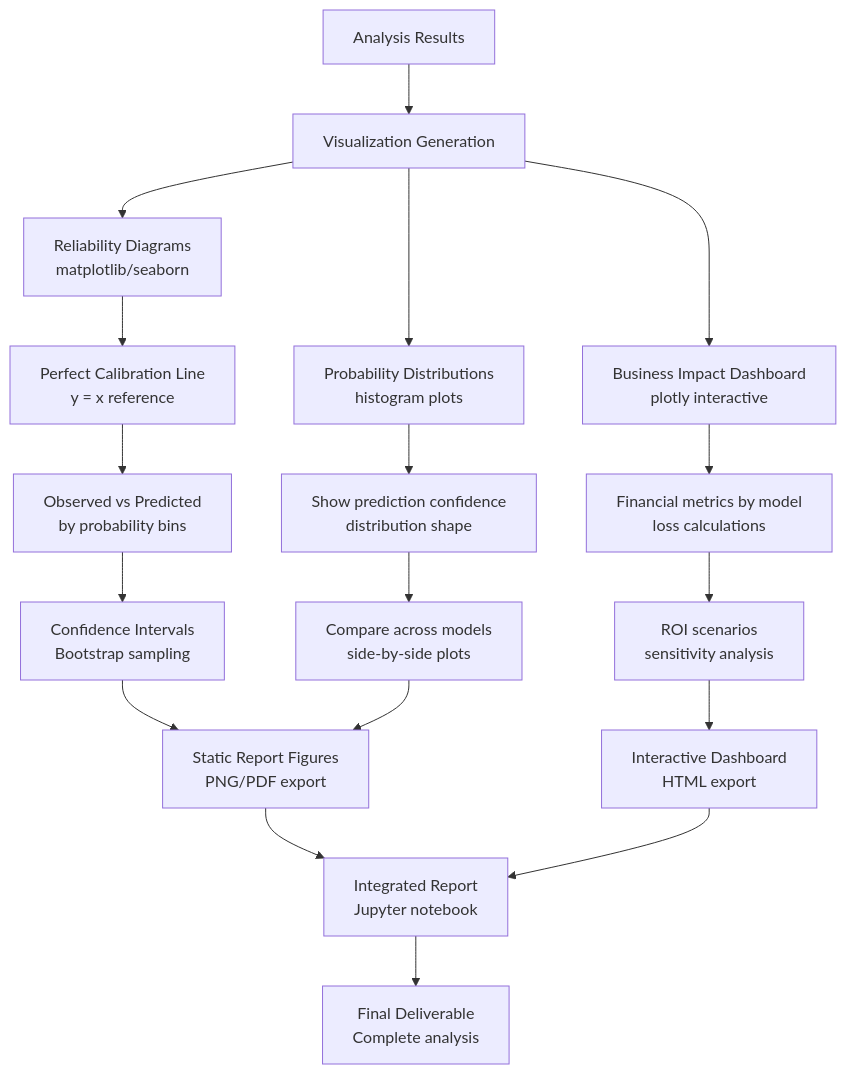
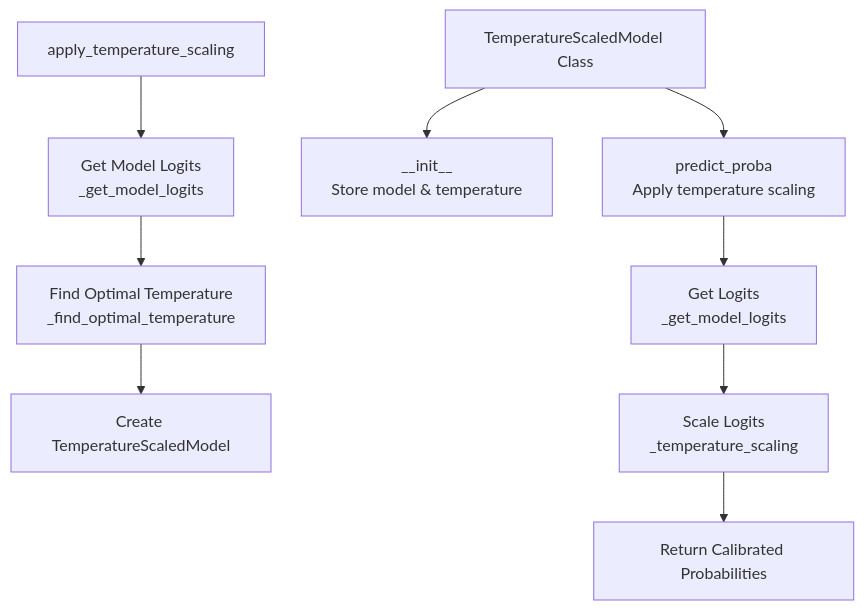
Before and after one commit to Suryam1976/credit_scoring_experiment: the seventh of 9 diagrams in docs/FLOW_DIAGRAM.md, drawn with Mermaid. The commit also changed other lines of this file and 14 other files, not shown here.

Commit message:
Added temperature scaling and updated docs

````diff
--- a/docs/FLOW_DIAGRAM.md
+++ b/docs/FLOW_DIAGRAM.md
@@ -202,26 +152,12 @@
 ```mermaid
 graph TB
-    A[Analysis Results] --> B[Visualization Generation]
+    A[apply_temperature_scaling] --> B[Get Model Logits<br/>_get_model_logits]
+    B --> C[Find Optimal Temperature<br/>_find_optimal_temperature]
+    C --> D[Create TemperatureScaledModel]
     
-    B --> C[Reliability Diagrams<br/>matplotlib/seaborn]
-    C --> C1[Perfect Calibration Line<br/>y = x reference]
-    C1 --> C2[Observed vs Predicted<br/>by probability bins]
-    C2 --> C3[Confidence Intervals<br/>Bootstrap sampling]
-    
-    B --> D[Probability Distributions<br/>histogram plots]
-    D --> D1[Show prediction confidence<br/>distribution shape]
-    D1 --> D2[Compare across models<br/>side-by-side plots]
-    
-    B --> E[Business Impact Dashboard<br/>plotly interactive]
-    E --> E1[Financial metrics by model<br/>loss calculations]
-    E1 --> E2[ROI scenarios<br/>sensitivity analysis]
-    
-    C3 --> F[Static Report Figures<br/>PNG/PDF export]
-    D2 --> F
-    E2 --> G[Interactive Dashboard<br/>HTML export]
-    
-    F --> H[Integrated Report<br/>Jupyter notebook]
-    G --> H
-    
-    H --> I[Final Deliverable<br/>Complete analysis]
+    E[TemperatureScaledModel Class] --> F[__init__<br/>Store model & temperature]
+    E --> G[predict_proba<br/>Apply temperature scaling]
+    G --> H[Get Logits<br/>_get_model_logits]
+    H --> I[Scale Logits<br/>_temperature_scaling]
+    I --> J[Return Calibrated Probabilities]
 ```
````
